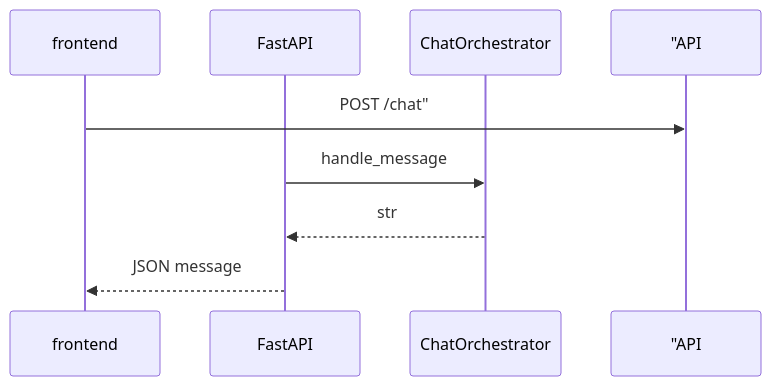
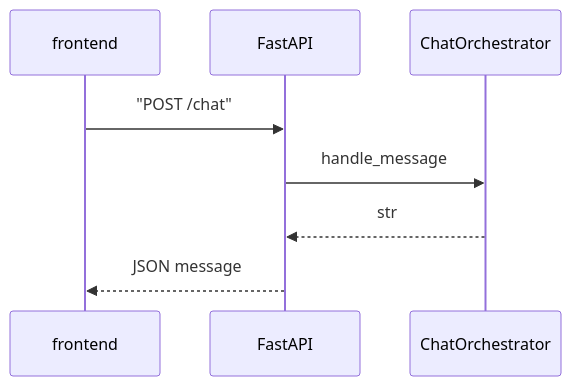
Before and after one commit to ab6539763/70_days_course_plus: the second of 2 diagrams in course/day21/22_ChatOrchestrator深度讲义.md, drawn with Mermaid. The commit also changed 80 other files, not shown here.

First line of the commit message:
fix(course): 修复 Mermaid 图表渲染报错 + 同步嵌入代码快照

````diff
--- a/course/day21/22_ChatOrchestrator深度讲义.md
+++ b/course/day21/22_ChatOrchestrator深度讲义.md
@@ -140,11 +140,11 @@
 ```mermaid
 sequenceDiagram
     participant FE as frontend
     participant API as FastAPI
     participant O as ChatOrchestrator
 
-    FE->> "API: POST /chat"
+    FE->>API: "POST /chat"
     API->>O: handle_message
     O-->>API: str
     API-->>FE: JSON message
 ```
````
